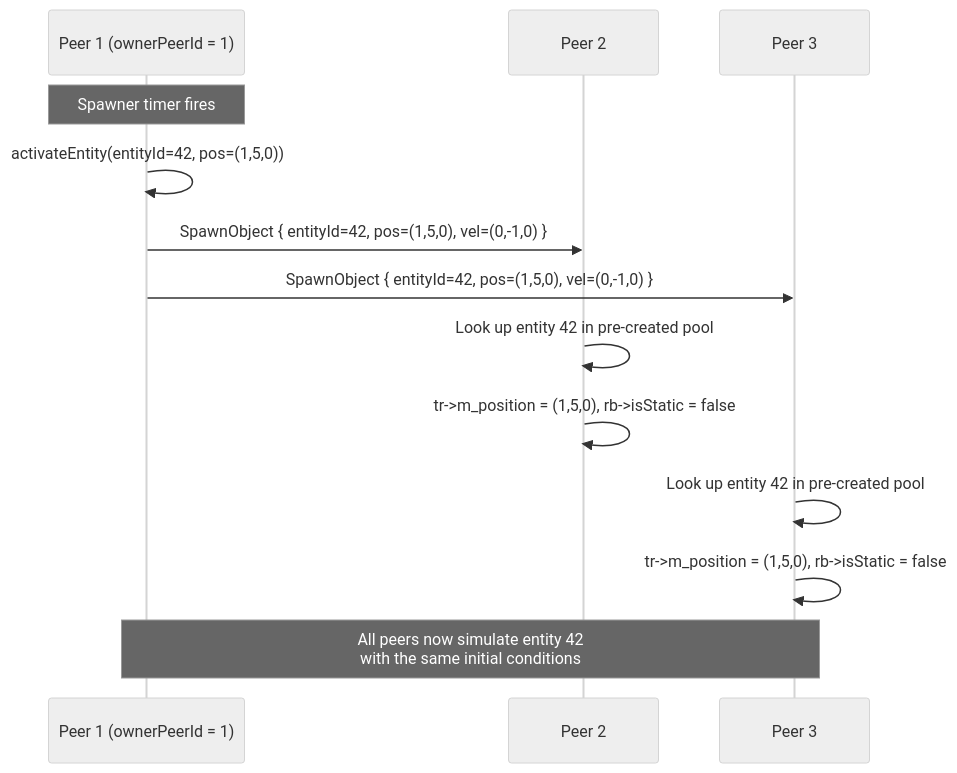
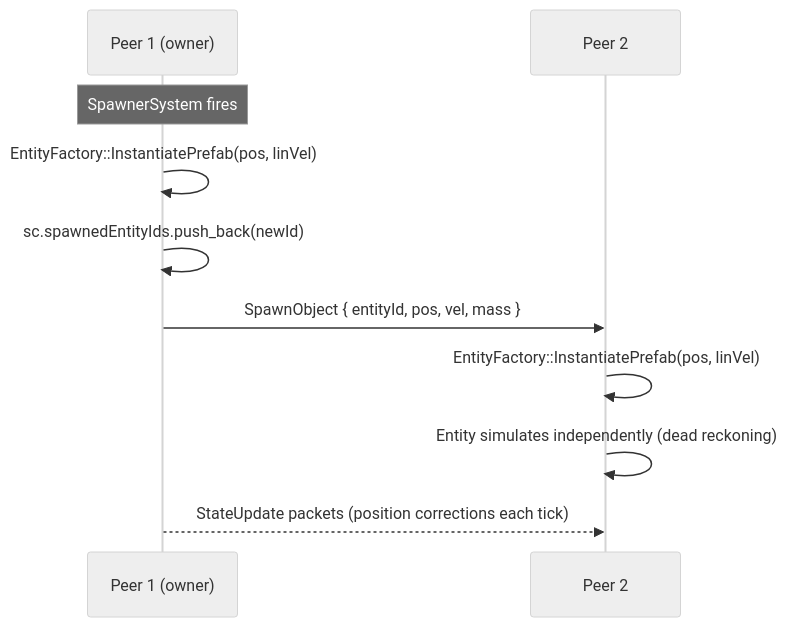
Before and after one commit to JoseSerranoHull/simulation-engine: the diagram in markdown/TechnicalManual/09_Animation_Spawning.md, drawn with Mermaid (neutral theme). The commit also changed other lines of this file and 30 other files, not shown here.

````diff
--- a/markdown/TechnicalManual/09_Animation_Spawning.md
+++ b/markdown/TechnicalManual/09_Animation_Spawning.md
@@ -470,19 +571,13 @@
 ```mermaid
 sequenceDiagram
-    participant P1 as Peer 1 (ownerPeerId = 1)
+    participant P1 as Peer 1 (owner)
     participant P2 as Peer 2
-    participant P3 as Peer 3
 
-    Note over P1: Spawner timer fires
-    P1->>P1: activateEntity(entityId=42, pos=(1,5,0))
-    P1->>P2: SpawnObject { entityId=42, pos=(1,5,0), vel=(0,-1,0) }
-    P1->>P3: SpawnObject { entityId=42, pos=(1,5,0), vel=(0,-1,0) }
-
-    P2->>P2: Look up entity 42 in pre-created pool
-    P2->>P2: tr->m_position = (1,5,0), rb->isStatic = false
-
-    P3->>P3: Look up entity 42 in pre-created pool
-    P3->>P3: tr->m_position = (1,5,0), rb->isStatic = false
-
-    Note over P1,P3: All peers now simulate entity 42<br/>with the same initial conditions
+    Note over P1: SpawnerSystem fires
+    P1->>P1: EntityFactory::InstantiatePrefab(pos, linVel)
+    P1->>P1: sc.spawnedEntityIds.push_back(newId)
+    P1->>P2: SpawnObject { entityId, pos, vel, mass }
+    P2->>P2: EntityFactory::InstantiatePrefab(pos, linVel)
+    P2->>P2: Entity simulates independently (dead reckoning)
+    P1-->>P2: StateUpdate packets (position corrections each tick)
 ```
````
